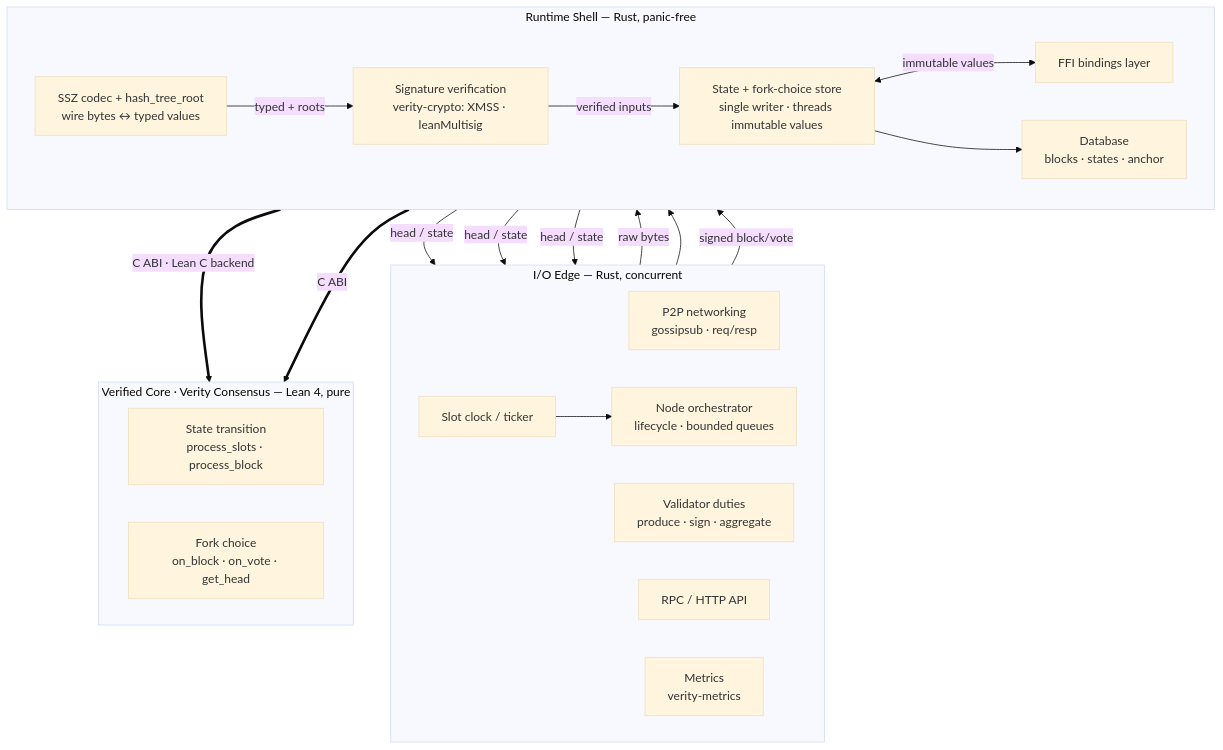
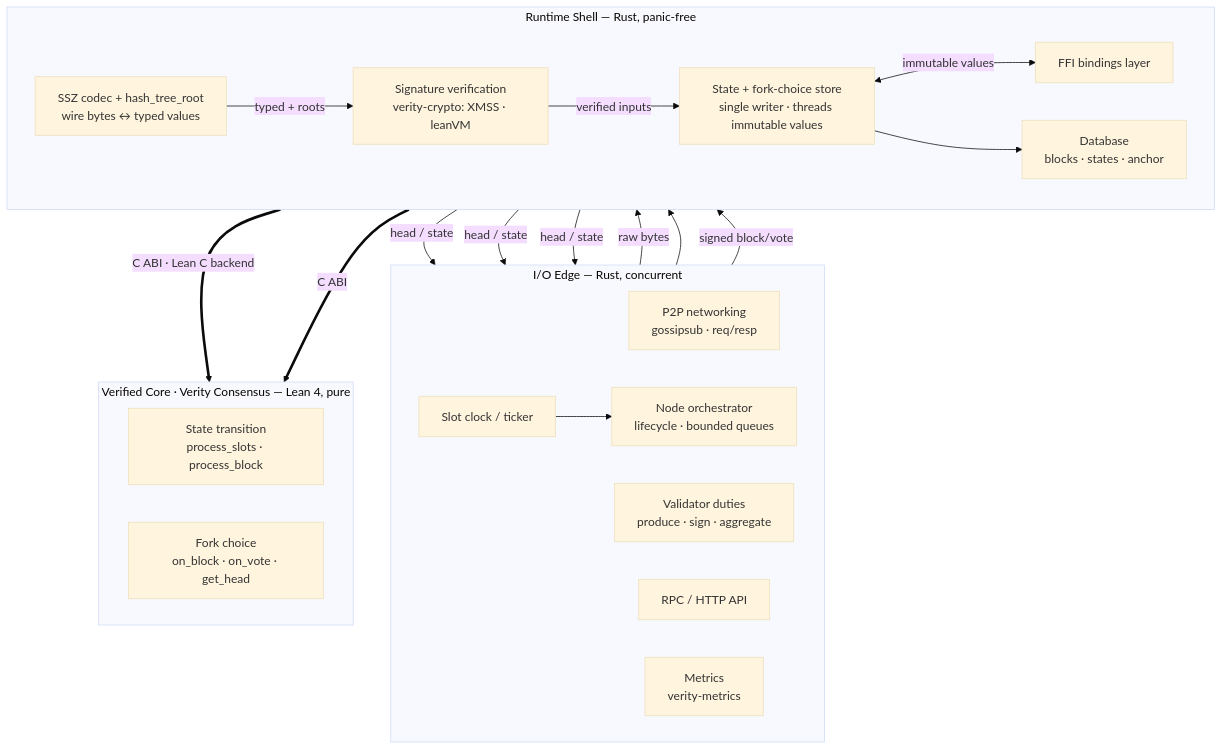
The first of 3 diagrams in ARCHITECTURE.md (NyxFoundation/verity), drawn with Mermaid (base theme) before and after one commit. The commit also changed other lines of this file and 36 other files, not shown here.

````diff
--- a/ARCHITECTURE.md
+++ b/ARCHITECTURE.md
@@ -56,40 +58,40 @@
 ```mermaid
 flowchart TB
     subgraph C["I/O Edge — Rust, concurrent"]
         direction LR
         NET["P2P networking<br/>gossipsub · req/resp"]
         CLK["Slot clock / ticker"]
         VAL["Validator duties<br/>produce · sign · aggregate"]
         RPC["RPC / HTTP API"]
         MET["Metrics<br/>verity-metrics"]
         ORCH["Node orchestrator<br/>lifecycle · bounded queues"]
     end
 
     subgraph B["Runtime Shell — Rust, panic-free"]
         direction LR
         CODEC["SSZ codec + hash_tree_root<br/>wire bytes ↔ typed values"]
-        CRYPTO["Signature verification<br/>verity-crypto: XMSS · leanMultisig"]
+        CRYPTO["Signature verification<br/>verity-crypto: XMSS · leanVM"]
         STORE["State + fork-choice store<br/>single writer · threads immutable values"]
         DB["Database<br/>blocks · states · anchor"]
         FFI["FFI bindings layer"]
     end
 
     subgraph A["Verified Core · Verity Consensus — Lean 4, pure"]
         direction LR
         STF["State transition<br/>process_slots · process_block"]
         FC["Fork choice<br/>on_block · on_vote · get_head"]
     end
 
     NET -->|"raw bytes"| CODEC
     CODEC -->|"typed + roots"| CRYPTO
     CRYPTO -->|"verified inputs"| STORE
     CLK --> ORCH --> STORE
     STORE <-->|"immutable values"| FFI
     FFI ==>|"C ABI · Lean C backend"| STF
     FFI ==>|"C ABI"| FC
     STORE --> DB
     STORE -->|"head / state"| VAL
     STORE -->|"head / state"| RPC
     STORE -->|"head / state"| MET
     VAL -->|"signed block/vote"| CODEC
 ```
````
